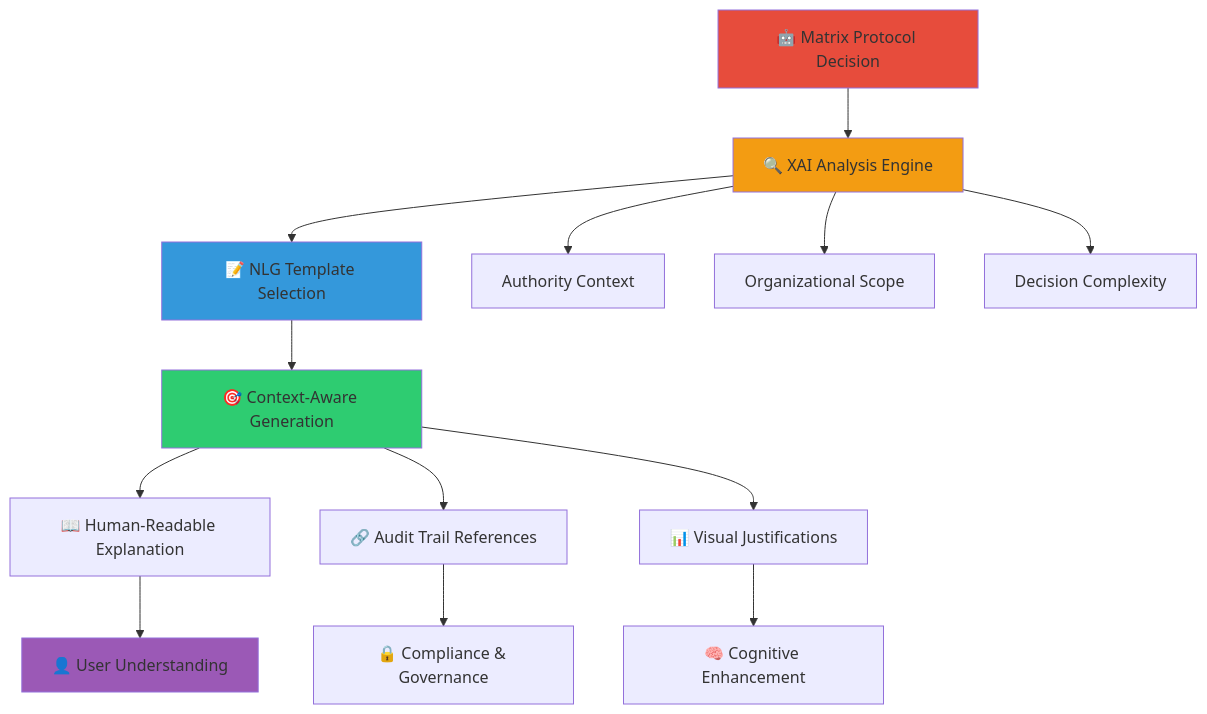
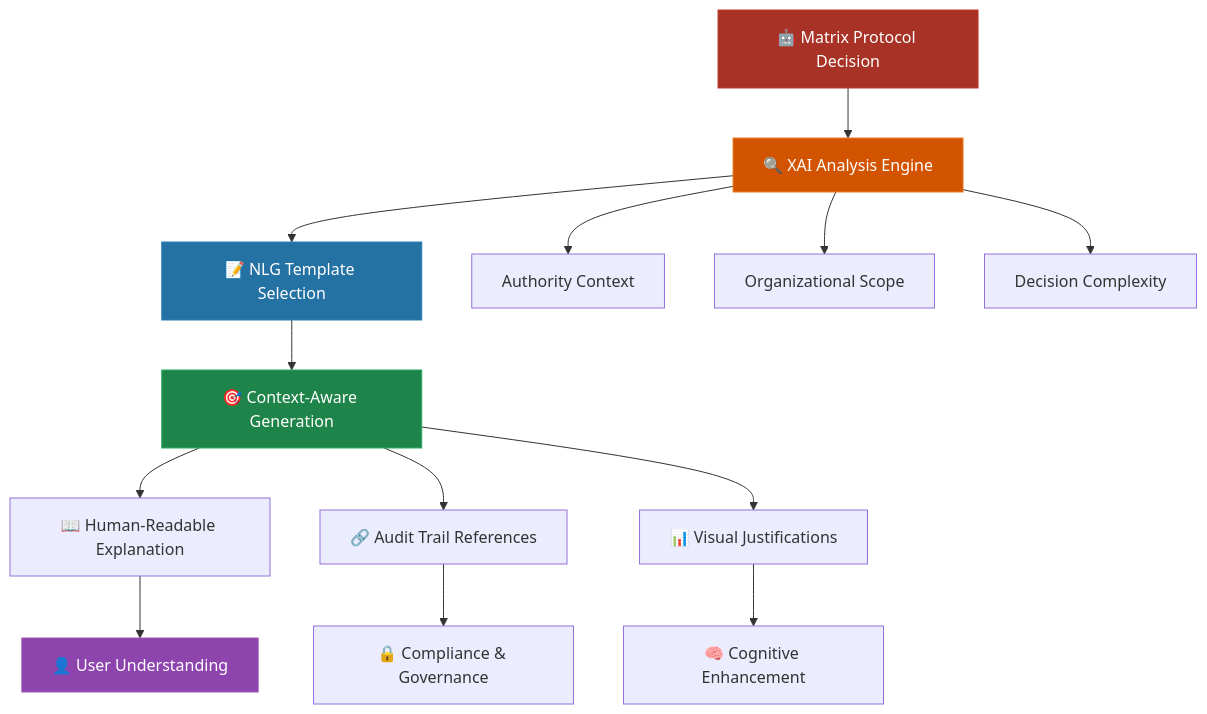
The first of 4 diagrams in content/en/docs/manual/tools/explainability.md (casheiro/matrix-protocol), drawn with Mermaid before and after one commit. The commit also changed other lines of this file and 36 other files, not shown here.

````diff
--- a/content/en/docs/manual/tools/explainability.md
+++ b/content/en/docs/manual/tools/explainability.md
@@ -43,24 +43,25 @@
 ```mermaid
 graph TD
     A[🤖 Matrix Protocol Decision] --> B[🔍 XAI Analysis Engine]
     B --> C[📝 NLG Template Selection]
     C --> D[🎯 Context-Aware Generation]
     
     B --> B1[Authority Context]
     B --> B2[Organizational Scope]
     B --> B3[Decision Complexity]
     
     D --> E[📖 Human-Readable Explanation]
     D --> F[🔗 Audit Trail References]
     D --> G[📊 Visual Justifications]
     
     E --> H[👤 User Understanding]
     F --> I[🔒 Compliance & Governance]
     G --> J[🧠 Cognitive Enhancement]
     
-    style A fill:#e74c3c
-    style B fill:#f39c12
-    style C fill:#3498db
-    style D fill:#2ecc71
-    style H fill:#9b59b6
+    %% Explainability architecture - Functional flow
+    style A fill:#A93226,stroke:#C0392B,color:#fff
+    style B fill:#D35400,stroke:#E67E22,color:#fff
+    style C fill:#2471A3,stroke:#2980B9,color:#fff
+    style D fill:#1E8449,stroke:#27AE60,color:#fff
+    style H fill:#8E44AD,stroke:#9B59B6,color:#fff
 ```
````
